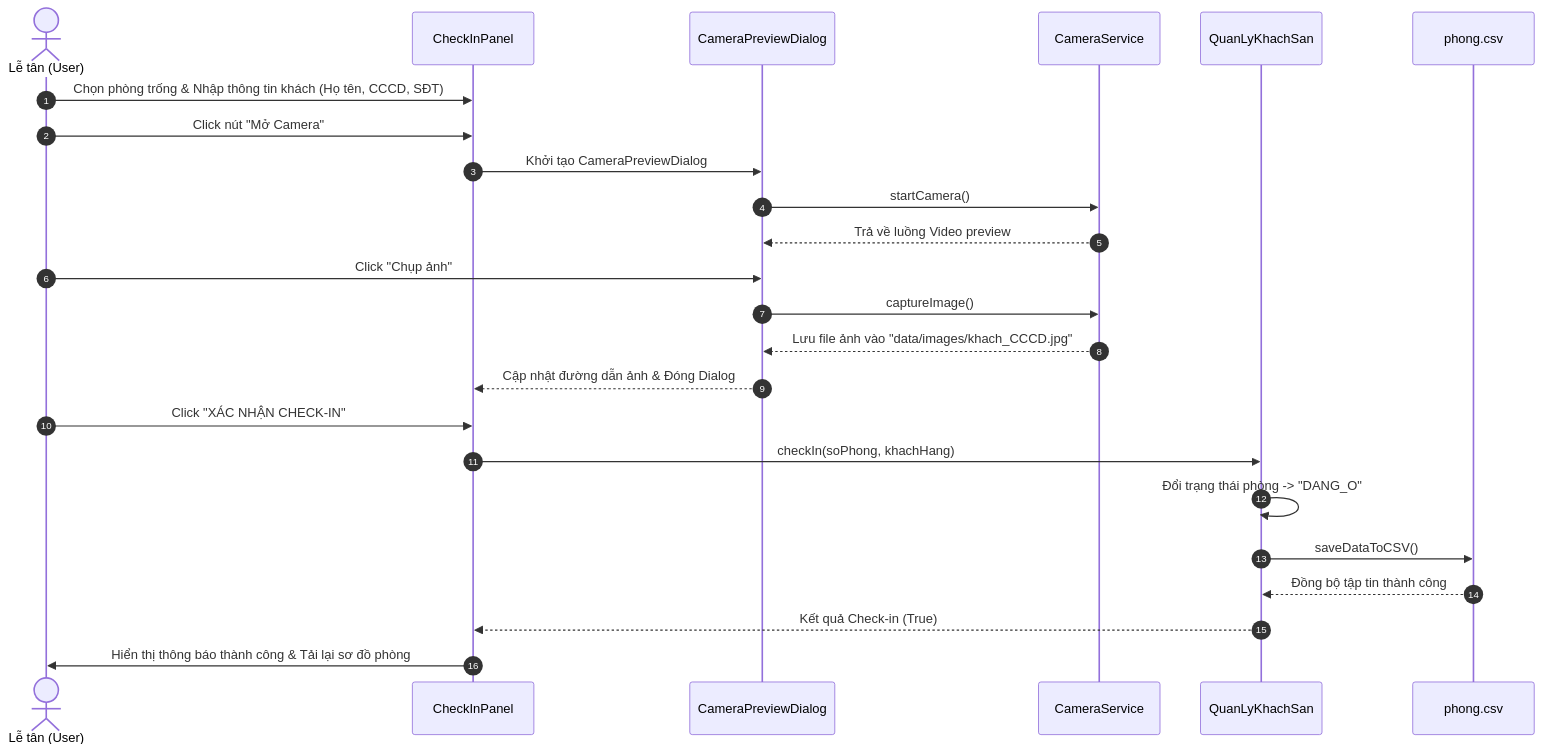
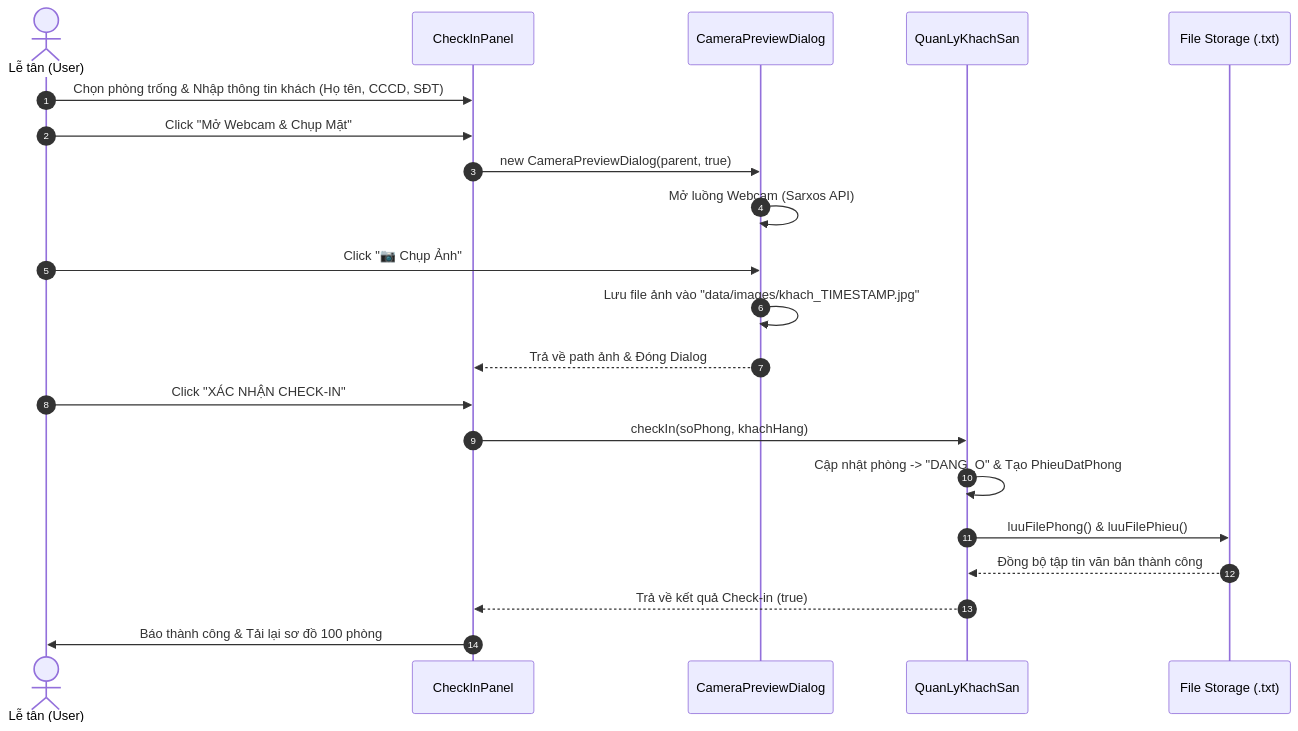
Before and after one commit to NNTTuan/HotelBookingSystem: the diagram in docs/diagrams/sequence_checkin.mmd, drawn with Mermaid. The commit also changed 9 other files, not shown here.

```diff
--- a/docs/diagrams/sequence_checkin.mmd
+++ b/docs/diagrams/sequence_checkin.mmd
@@ -1,27 +1,24 @@
 sequenceDiagram
     autonumber
     actor Staff as Lễ tân (User)
     participant UI as CheckInPanel
     participant CamDlg as CameraPreviewDialog
-    participant CamSvc as CameraService
     participant QLKS as QuanLyKhachSan
-    participant File as phong.csv
+    participant File as File Storage (.txt)
 
     Staff->>UI: Chọn phòng trống & Nhập thông tin khách (Họ tên, CCCD, SĐT)
-    Staff->>UI: Click nút "Mở Camera"
-    UI->>CamDlg: Khởi tạo CameraPreviewDialog
-    CamDlg->>CamSvc: startCamera()
-    CamSvc-->>CamDlg: Trả về luồng Video preview
-    
-    Staff->>CamDlg: Click "Chụp ảnh"
-    CamDlg->>CamSvc: captureImage()
-    CamSvc-->>CamDlg: Lưu file ảnh vào "data/images/khach_CCCD.jpg"
-    CamDlg-->>UI: Cập nhật đường dẫn ảnh & Đóng Dialog
-    
+    Staff->>UI: Click "Mở Webcam & Chụp Mặt"
+    UI->>CamDlg: new CameraPreviewDialog(parent, true)
+    CamDlg->>CamDlg: Mở luồng Webcam (Sarxos API)
+
+    Staff->>CamDlg: Click "📷 Chụp Ảnh"
+    CamDlg->>CamDlg: Lưu file ảnh vào "data/images/khach_TIMESTAMP.jpg"
+    CamDlg-->>UI: Trả về path ảnh & Đóng Dialog
+
     Staff->>UI: Click "XÁC NHẬN CHECK-IN"
     UI->>QLKS: checkIn(soPhong, khachHang)
-    QLKS->>QLKS: Đổi trạng thái phòng -> "DANG_O"
-    QLKS->>File: saveDataToCSV()
-    File-->>QLKS: Đồng bộ tập tin thành công
-    QLKS-->>UI: Kết quả Check-in (True)
-    UI->>Staff: Hiển thị thông báo thành công & Tải lại sơ đồ phòng
+    QLKS->>QLKS: Cập nhật phòng -> "DANG_O" & Tạo PhieuDatPhong
+    QLKS->>File: luuFilePhong() & luuFilePhieu()
+    File-->>QLKS: Đồng bộ tập tin văn bản thành công
+    QLKS-->>UI: Trả về kết quả Check-in (true)
+    UI->>Staff: Báo thành công & Tải lại sơ đồ 100 phòng
```
